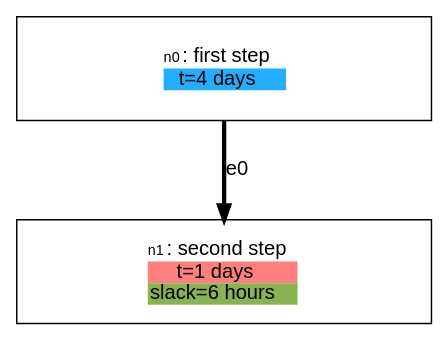
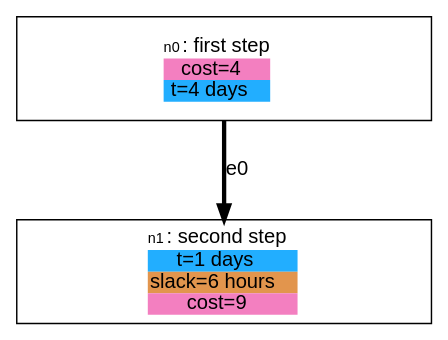
The diagram in examples/variables.dot (stevecooperorg/microdot), drawn with Graphviz before and after one commit. The commit also changed 7 other files, not shown here.

```diff
--- a/examples/variables.dot
+++ b/examples/variables.dot
@@ -1,40 +1,48 @@
 digraph {
 
     graph [fontname = "helvetica" rankdir="TB" ranksep=0.75 nodesep=0.5];
     node [fontname = "helvetica" shape = "box" width=2.5 style=filled];
     edge [fontname = "helvetica" penwidth=3 color="#000000"];
 
     n0 [width=4 height=1 label=< <TABLE BORDER="0" CELLPADDING="0" CELLSPACING="0">
     <TR>
-        <TD COLSPAN="1"><FONT POINT-SIZE="10">n0</FONT>: first step</TD>
+        <TD COLSPAN="2"><FONT POINT-SIZE="10">n0</FONT>: first step</TD>
     </TR>
     
+        
+           <TR>
+<TD BGCOLOR="#F37FC0"><FONT COLOR="#000000">cost=4</FONT></TD>
+</TR>
         
            <TR>
 <TD BGCOLOR="#22AEFF"><FONT COLOR="#000000">t=4 days</FONT></TD>
 </TR>
         
     
    </TABLE>
 > fillcolor="#FFFFFF"]
     n1 [width=4 height=1 label=< <TABLE BORDER="0" CELLPADDING="0" CELLSPACING="0">
     <TR>
-        <TD COLSPAN="2"><FONT POINT-SIZE="10">n1</FONT>: second step</TD>
+        <TD COLSPAN="3"><FONT POINT-SIZE="10">n1</FONT>: second step</TD>
     </TR>
     
         
            <TR>
-<TD BGCOLOR="#FF7F7F"><FONT COLOR="#000000">t=1 days</FONT></TD>
+<TD BGCOLOR="#22AEFF"><FONT COLOR="#000000">t=1 days</FONT></TD>
 </TR>
         
            <TR>
-<TD BGCOLOR="#87B353"><FONT COLOR="#000000">slack=6 hours</FONT></TD>
+<TD BGCOLOR="#E2954D"><FONT COLOR="#000000">slack=6 hours</FONT></TD>
+</TR>
+        
+           <TR>
+<TD BGCOLOR="#F37FC0"><FONT COLOR="#000000">cost=9</FONT></TD>
 </TR>
         
     
    </TABLE>
 > fillcolor="#FFFFFF"]
 
     "n0" -> "n1" [label="e0"];
 
 }
```
